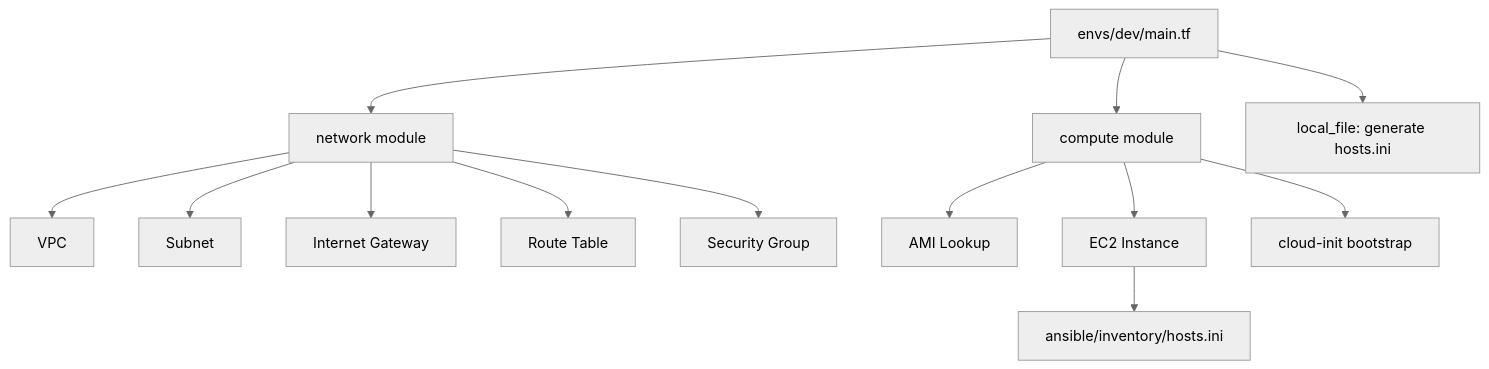
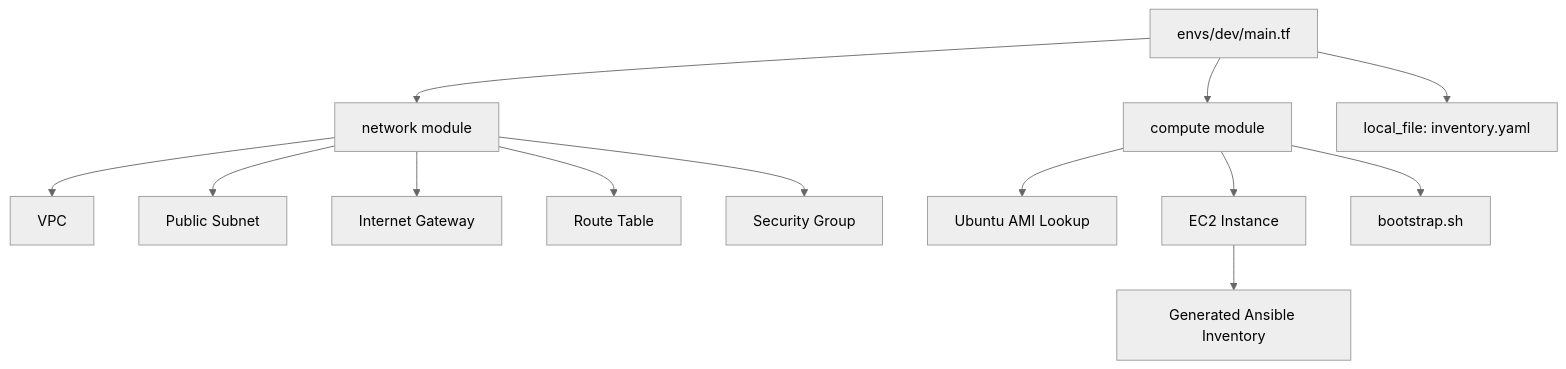
Before and after one commit to LaurisNeimanis/ccore-ai-infra: the diagram in terraform/README.md, drawn with Mermaid (neutral theme). The commit also changed other lines of this file and 15 other files, not shown here.

````diff
--- a/terraform/README.md
+++ b/terraform/README.md
@@ -139,18 +139,18 @@
 ```mermaid
 flowchart TD
     A[envs/dev/main.tf] --> B[network module]
     A --> C[compute module]
-    A --> D[local_file: generate hosts.ini]
+    A --> D[local_file: inventory.yaml]
 
     B --> VPC[VPC]
-    B --> SUB[Subnet]
+    B --> SUB[Public Subnet]
     B --> IGW[Internet Gateway]
     B --> RT[Route Table]
     B --> SG[Security Group]
 
-    C --> AMI[AMI Lookup]
+    C --> AMI[Ubuntu AMI Lookup]
     C --> EC2[EC2 Instance]
-    C --> BOOT[cloud-init bootstrap]
+    C --> BOOT[bootstrap.sh]
 
-    EC2 --> INV[ansible/inventory/hosts.ini]
+    EC2 --> INV[Generated Ansible Inventory]
 ```
````
